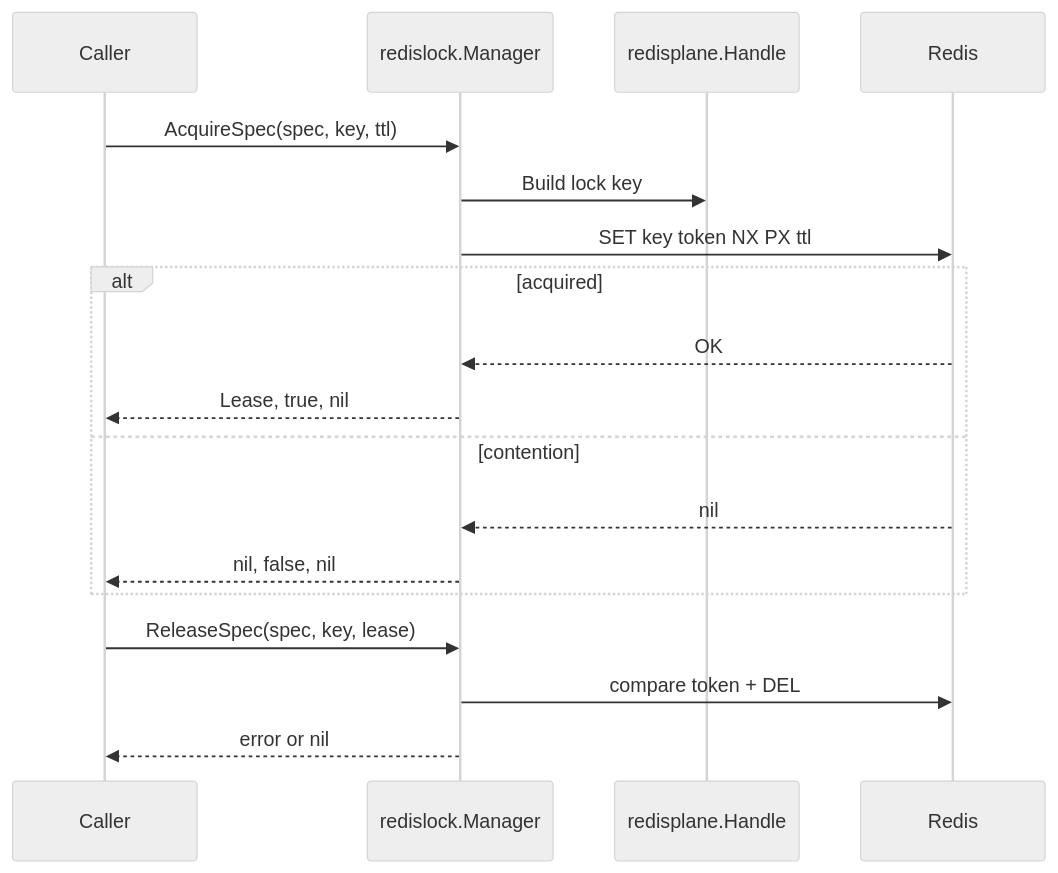
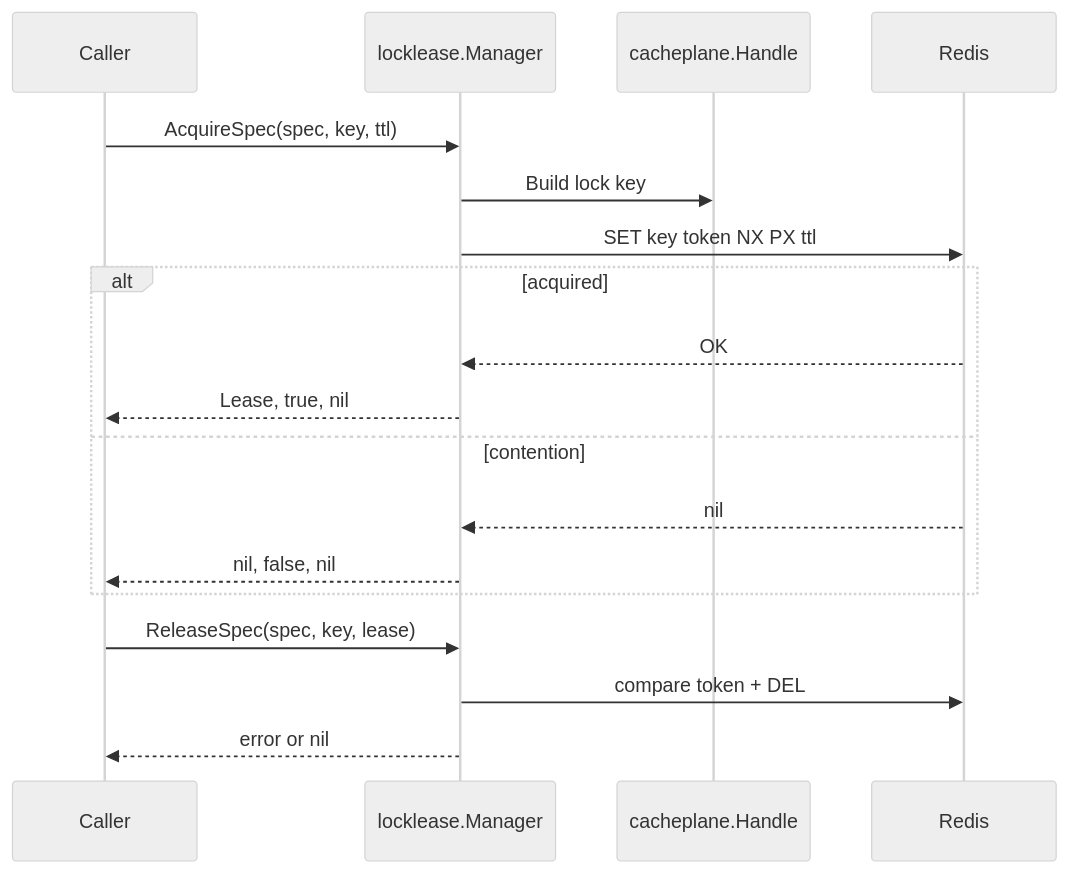
Before and after one commit to FangcunMount/qs-server: the first of 3 diagrams in docs/03-基础设施/redis/06-Redis分布式锁层.md, drawn with Mermaid (neutral theme). The commit also changed other lines of this file and 34 other files, not shown here.

````diff
--- a/docs/03-基础设施/redis/06-Redis分布式锁层.md
+++ b/docs/03-基础设施/redis/06-Redis分布式锁层.md
@@ -17,21 +17,21 @@
 ```mermaid
 sequenceDiagram
     participant Caller
-    participant M as redislock.Manager
-    participant H as redisplane.Handle
+    participant M as locklease.Manager
+    participant H as cacheplane.Handle
     participant R as Redis
 
     Caller->>M: AcquireSpec(spec, key, ttl)
     M->>H: Build lock key
     M->>R: SET key token NX PX ttl
     alt acquired
         R-->>M: OK
         M-->>Caller: Lease, true, nil
     else contention
         R-->>M: nil
         M-->>Caller: nil, false, nil
     end
     Caller->>M: ReleaseSpec(spec, key, lease)
     M->>R: compare token + DEL
     M-->>Caller: error or nil
 ```
````
